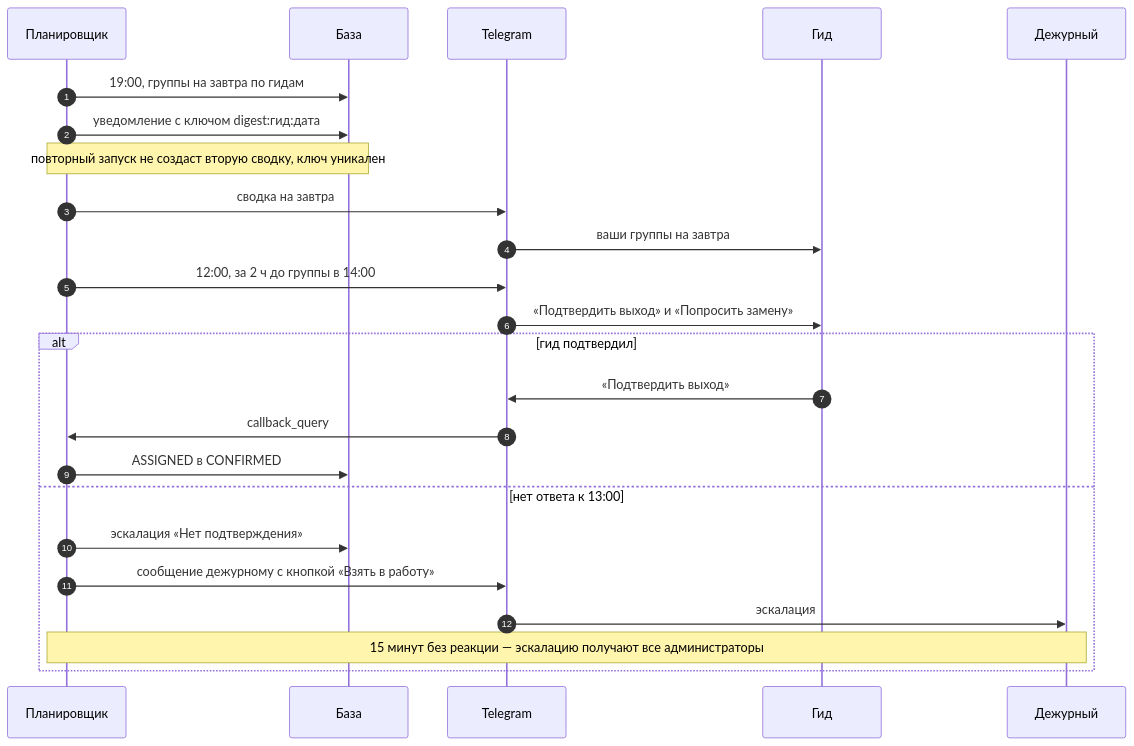
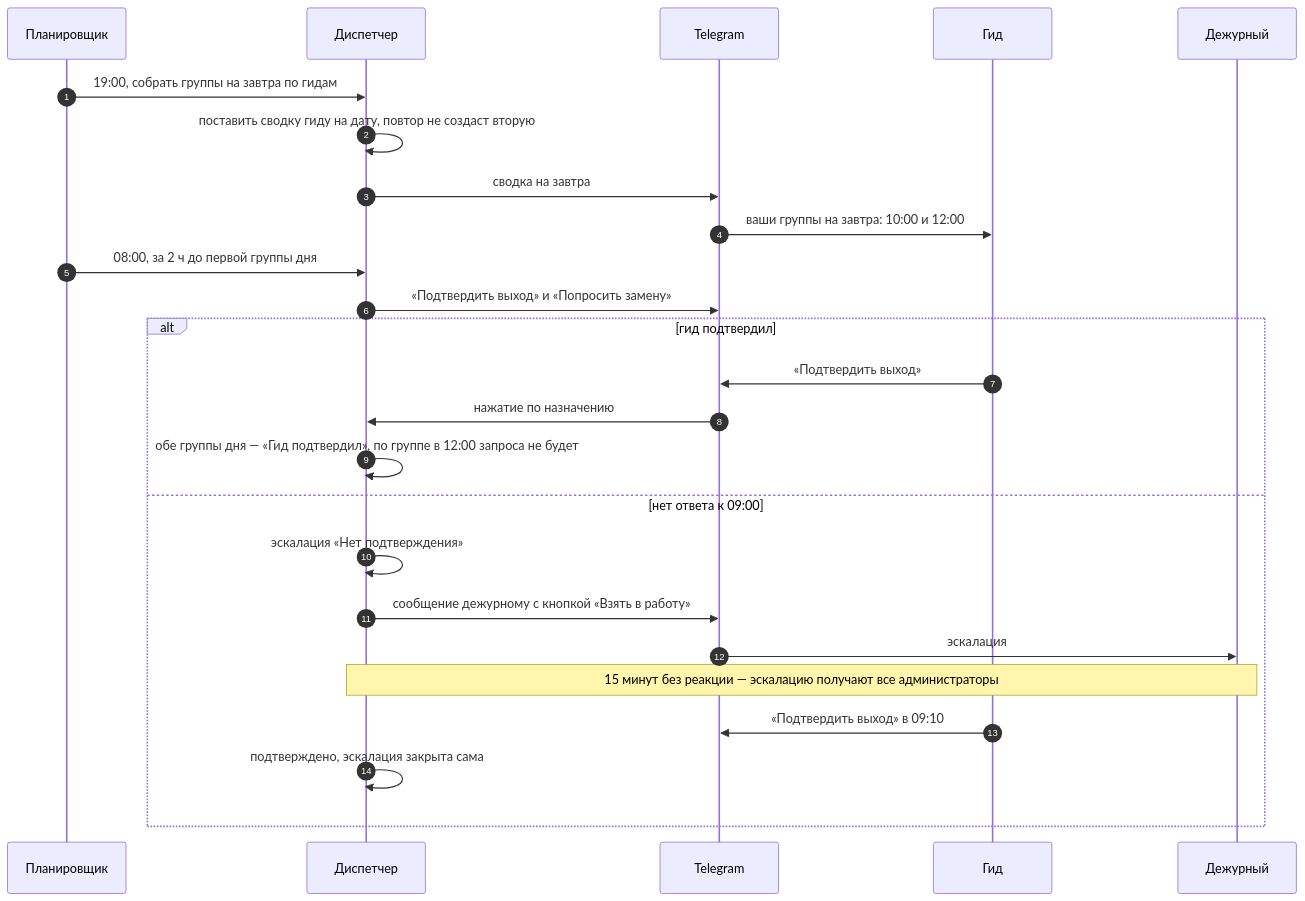
Before and after one commit to KORTEZZ12/excursion-dispatch: the third of 6 diagrams in docs/design/sequences.md, drawn with Mermaid. The commit also changed other lines of this file and 10 other files, not shown here.

````diff
--- a/docs/design/sequences.md
+++ b/docs/design/sequences.md
@@ -83,26 +80,27 @@
 ```mermaid
 sequenceDiagram
   autonumber
   participant P as Планировщик
-  participant DB as База
+  participant D as Диспетчер
   participant TG as Telegram
   participant G as Гид
   participant ADM as Дежурный
-  P->>DB: 19:00, группы на завтра по гидам
-  P->>DB: уведомление с ключом digest:гид:дата
-  Note over P,DB: повторный запуск не создаст вторую сводку, ключ уникален
-  P->>TG: сводка на завтра
-  TG->>G: ваши группы на завтра
-  P->>TG: 12:00, за 2 ч до группы в 14:00
-  TG->>G: «Подтвердить выход» и «Попросить замену»
+  P->>D: 19:00, собрать группы на завтра по гидам
+  D->>D: поставить сводку гиду на дату, повтор не создаст вторую
+  D->>TG: сводка на завтра
+  TG->>G: ваши группы на завтра: 10:00 и 12:00
+  P->>D: 08:00, за 2 ч до первой группы дня
+  D->>TG: «Подтвердить выход» и «Попросить замену»
   alt гид подтвердил
     G->>TG: «Подтвердить выход»
-    TG->>P: callback_query
-    P->>DB: ASSIGNED в CONFIRMED
-  else нет ответа к 13:00
-    P->>DB: эскалация «Нет подтверждения»
-    P->>TG: сообщение дежурному с кнопкой «Взять в работу»
+    TG->>D: нажатие по назначению
+    D->>D: обе группы дня — «Гид подтвердил», по группе в 12:00 запроса не будет
+  else нет ответа к 09:00
+    D->>D: эскалация «Нет подтверждения»
+    D->>TG: сообщение дежурному с кнопкой «Взять в работу»
     TG->>ADM: эскалация
-    Note over P,ADM: 15 минут без реакции — эскалацию получают все администраторы
+    Note over D,ADM: 15 минут без реакции — эскалацию получают все администраторы
+    G->>TG: «Подтвердить выход» в 09:10
+    D->>D: подтверждено, эскалация закрыта сама
   end
 ```
````
